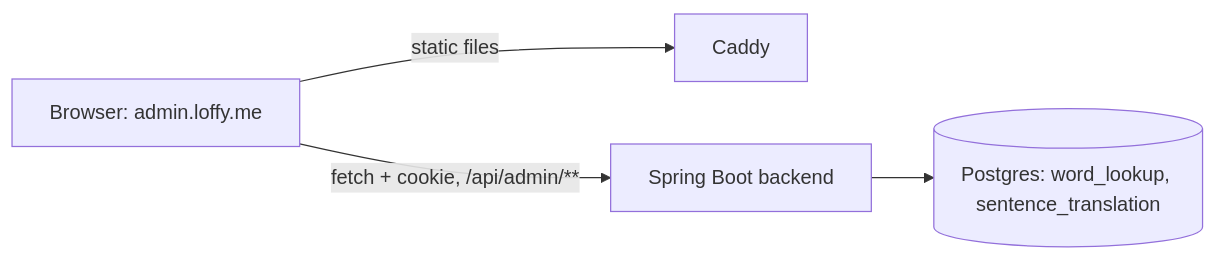
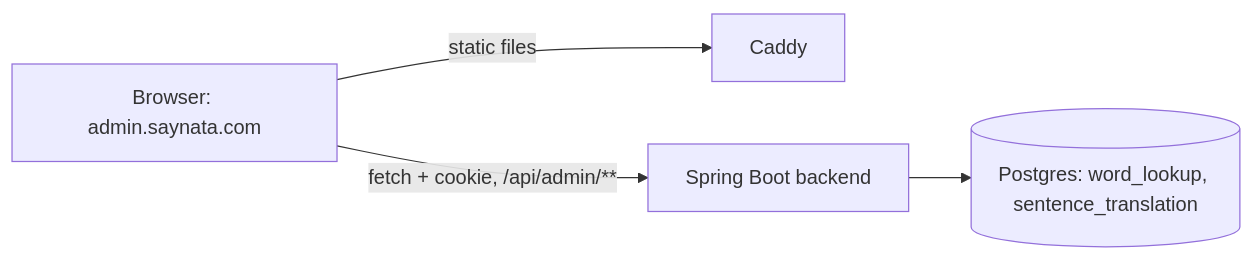
One commit to tranphuocloc070699/saynata changed the first of 2 diagrams in backlog/docs/features/doc-14 - Admin-CMS.md. Above: the diagram before and after it, drawn with Mermaid. The commit also changed other lines of this file and 50 other files, not shown here.

Commit message:
TASK-104: switch the code from loffy.me to saynata.com

````diff
--- a/backlog/docs/features/doc-14 - Admin-CMS.md
+++ b/backlog/docs/features/doc-14 - Admin-CMS.md
@@ -22,6 +22,6 @@
 ```mermaid
 flowchart LR
-    B[Browser: admin.loffy.me] -->|static files| C[Caddy]
+    B[Browser: admin.saynata.com] -->|static files| C[Caddy]
     B -->|"fetch + cookie, /api/admin/**"| API[Spring Boot backend]
     API --> PG[(Postgres: word_lookup, sentence_translation)]
 ```
````
